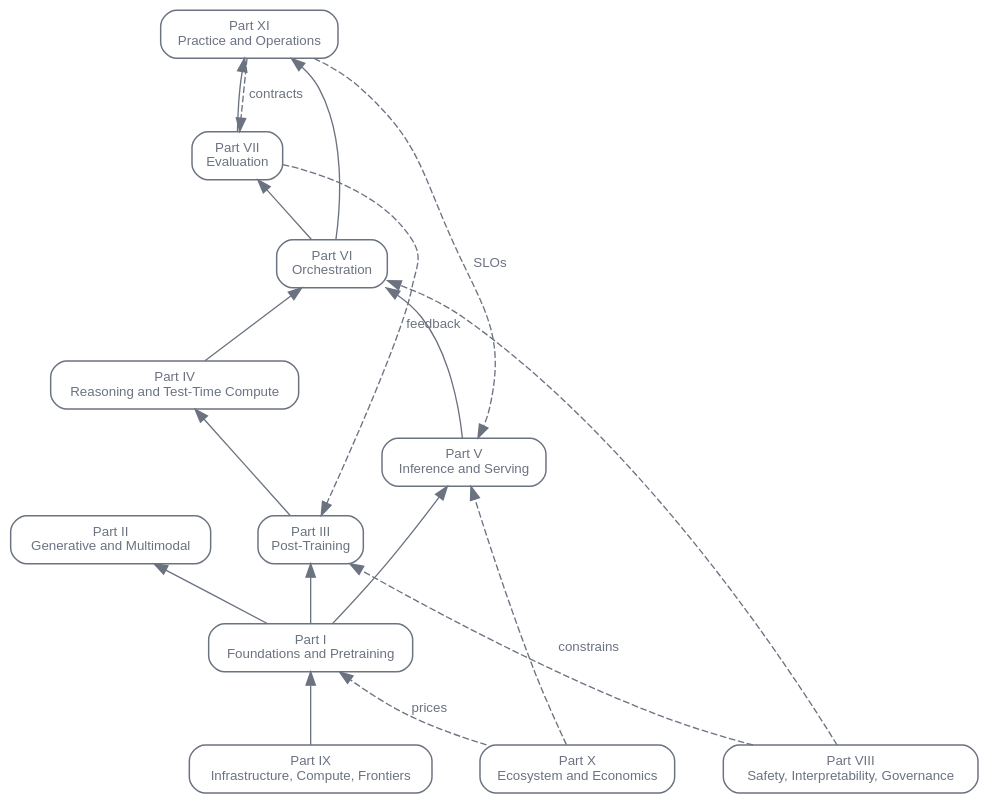
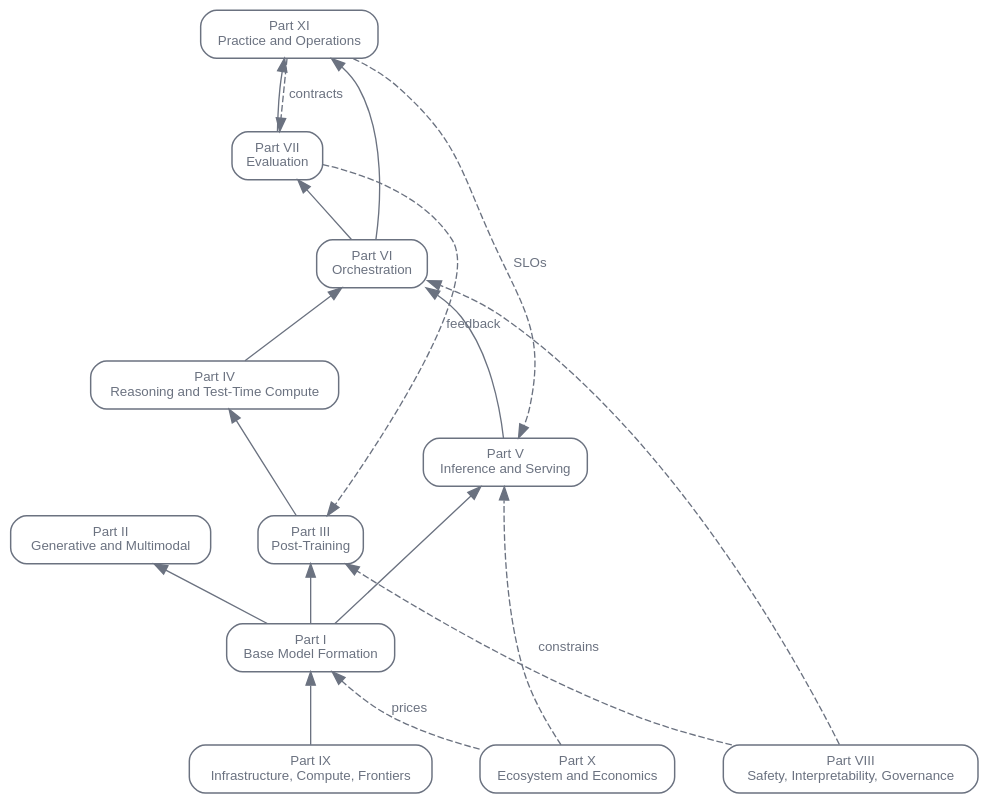
One commit to latere-ai/ai-as-an-infrastructure changed the first of 2 diagrams in en/orientation/02-field-map.qmd. Above: the diagram before and after it, drawn with Graphviz. The commit also changed other lines of this file and 20 other files, not shown here.

Commit message:
foundations: clarify base model formation structure

````diff
--- a/en/orientation/02-field-map.qmd
+++ b/en/orientation/02-field-map.qmd
@@ -27,36 +27,36 @@
 ```{dot}
 //| label: fig-field-map-stack
 //| fig-cap: "The substantive parts read as a stack. Solid arrows point from a layer to the layer built on it; dashed arrows are cross-cutting forces (evaluation feedback, safety constraints, economic pricing) that reach across layers rather than feed one into the next."
 digraph {
   bgcolor="transparent";
   rankdir=BT;
   nodesep=0.5; ranksep=0.6;
   node [shape=box, style=rounded, fontsize=10, fontname="Helvetica", color="#6b7280", fontcolor="#6b7280", penwidth=1.1];
   edge [fontsize=10, fontname="Helvetica", color="#6b7280", fontcolor="#6b7280"];
 
   PIX  [label="Part IX\nInfrastructure, Compute, Frontiers"];
-  PI   [label="Part I\nFoundations and Pretraining"];
+  PI   [label="Part I\nBase Model Formation"];
   PII  [label="Part II\nGenerative and Multimodal"];
   PIII [label="Part III\nPost-Training"];
   PIV  [label="Part IV\nReasoning and Test-Time Compute"];
   PV   [label="Part V\nInference and Serving"];
   PVI  [label="Part VI\nOrchestration"];
   PVII [label="Part VII\nEvaluation"];
   PVIII[label="Part VIII\nSafety, Interpretability, Governance"];
   PX   [label="Part X\nEcosystem and Economics"];
   PXI  [label="Part XI\nPractice and Operations"];
 
   PIX -> PI;
   PI -> PII; PI -> PIII; PI -> PV;
   PIII -> PIV; PIV -> PVI; PV -> PVI;
   PVI -> PVII; PVI -> PXI; PVII -> PXI;
 
   PVII  -> PIII [style=dashed, label="feedback", constraint=false];
   PVIII -> PIII [style=dashed, label="constrains", constraint=false];
   PVIII -> PVI  [style=dashed, constraint=false];
   PX -> PI [style=dashed, label="prices", constraint=false];
   PX -> PV [style=dashed, constraint=false];
   PXI -> PV [style=dashed, label="SLOs", constraint=false];
   PXI -> PVII [style=dashed, label="contracts", constraint=false];
 }
 ```
````
